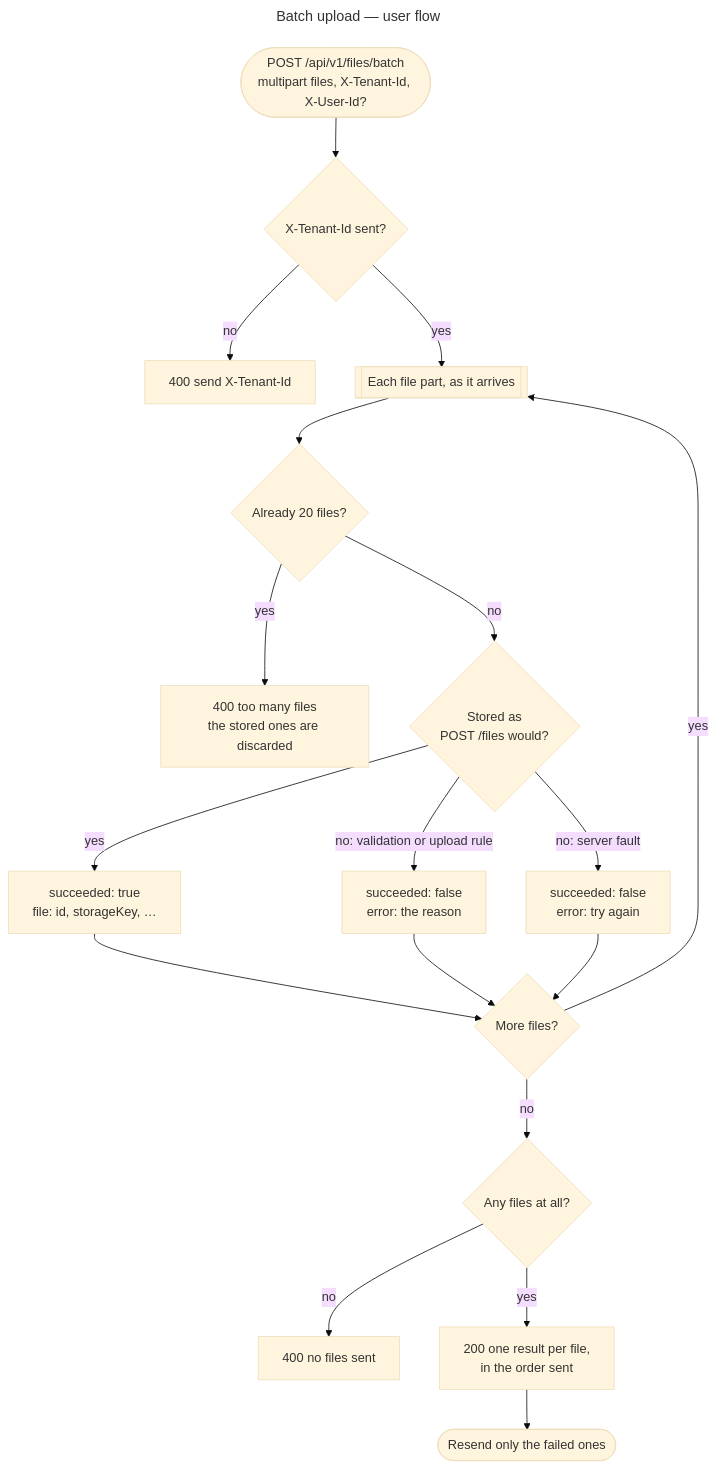
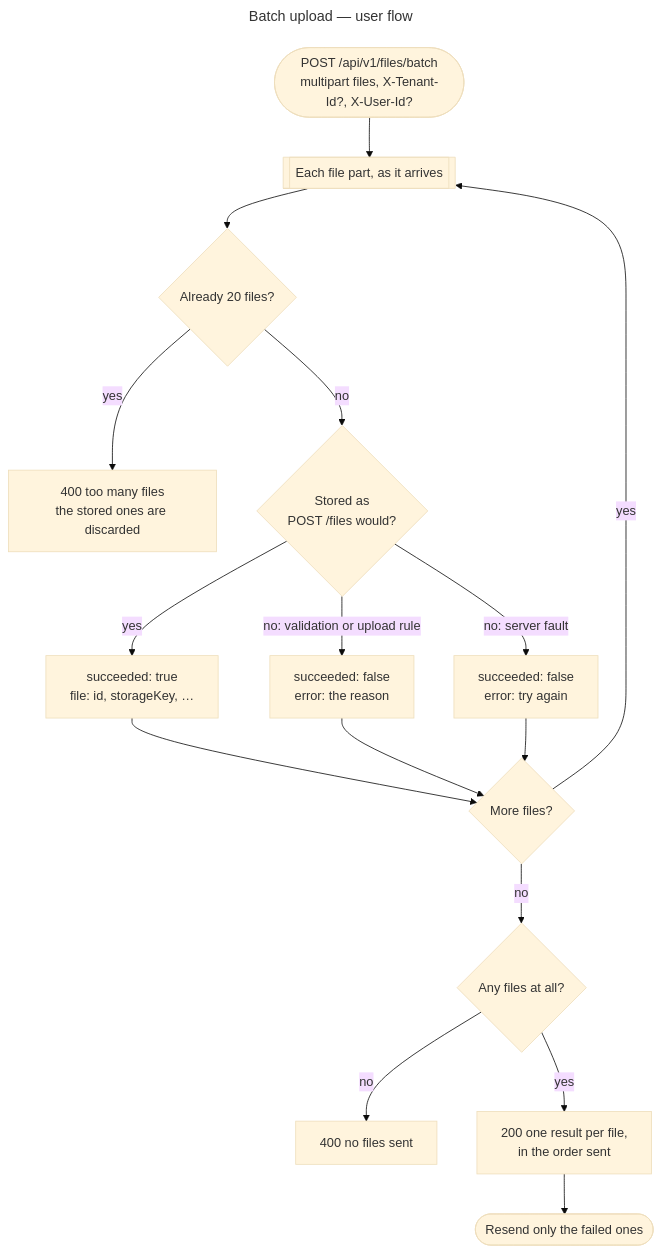
Before and after one commit to gmetskhvarishvili/GM.FileStorage.Samples: the fourth of 12 diagrams in docs/user-flows.md, drawn with Mermaid (base theme). The commit also changed other lines of this file and 17 other files, not shown here.

````diff
--- a/docs/user-flows.md
+++ b/docs/user-flows.md
@@ -105,23 +103,21 @@
 ```mermaid
 ---
 title: Batch upload — user flow
 ---
 flowchart TD
-    start([POST /api/v1/files/batch<br/>multipart files, X-Tenant-Id, X-User-Id?]) --> tenant{X-Tenant-Id sent?}
-    tenant -- no --> t400[400 send X-Tenant-Id]
-    tenant -- yes --> each[[Each file part, as it arrives]]
+    start([POST /api/v1/files/batch<br/>multipart files, X-Tenant-Id?, X-User-Id?]) --> each[[Each file part, as it arrives]]
     each --> limit{Already 20 files?}
     limit -- yes --> c400[400 too many files<br/>the stored ones are discarded]
     limit -- no --> one{Stored as<br/>POST /files would?}
     one -- yes --> okItem[succeeded: true<br/>file: id, storageKey, …]
     one -- "no: validation or upload rule" --> badItem[succeeded: false<br/>error: the reason]
     one -- "no: server fault" --> errItem[succeeded: false<br/>error: try again]
     okItem --> more{More files?}
     badItem --> more
     errItem --> more
     more -- yes --> each
     more -- no --> none{Any files at all?}
     none -- no --> e400[400 no files sent]
     none -- yes --> ok[200 one result per file,<br/>in the order sent]
     ok --> retry([Resend only the failed ones])
 ```
````
